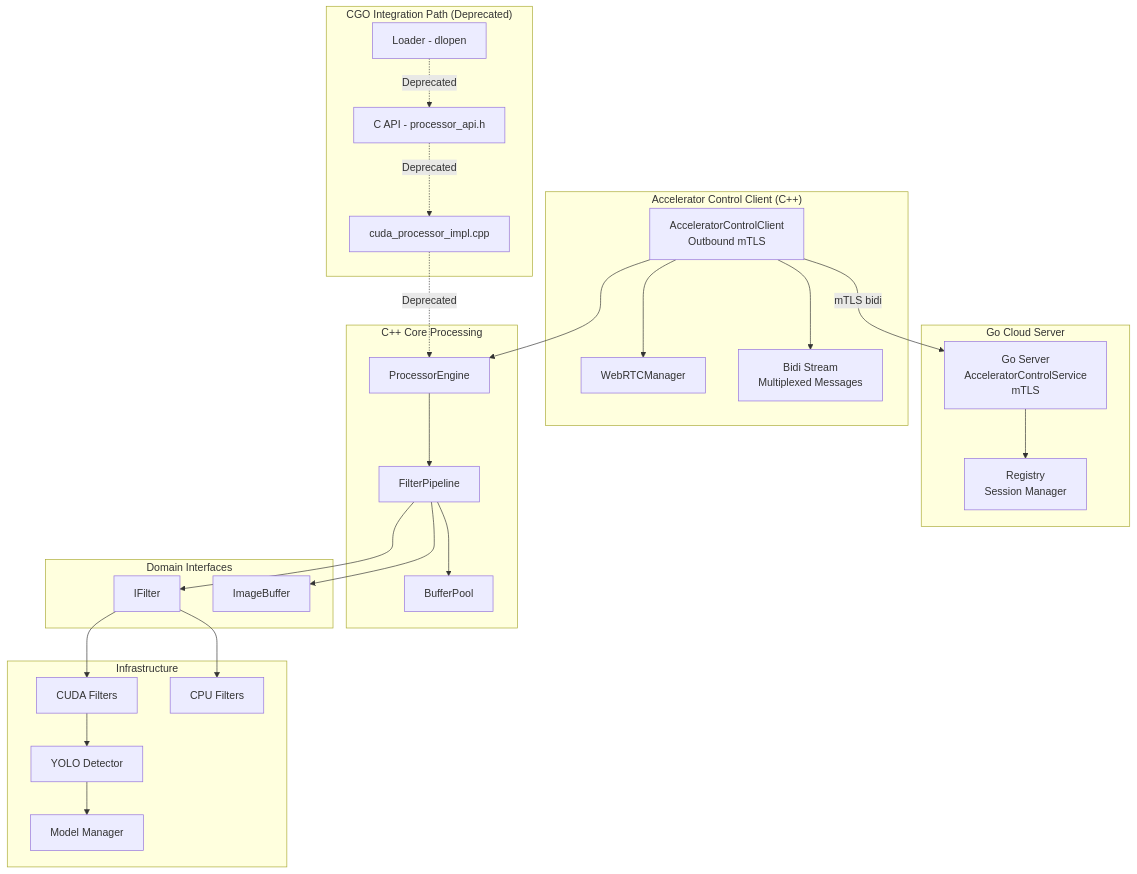
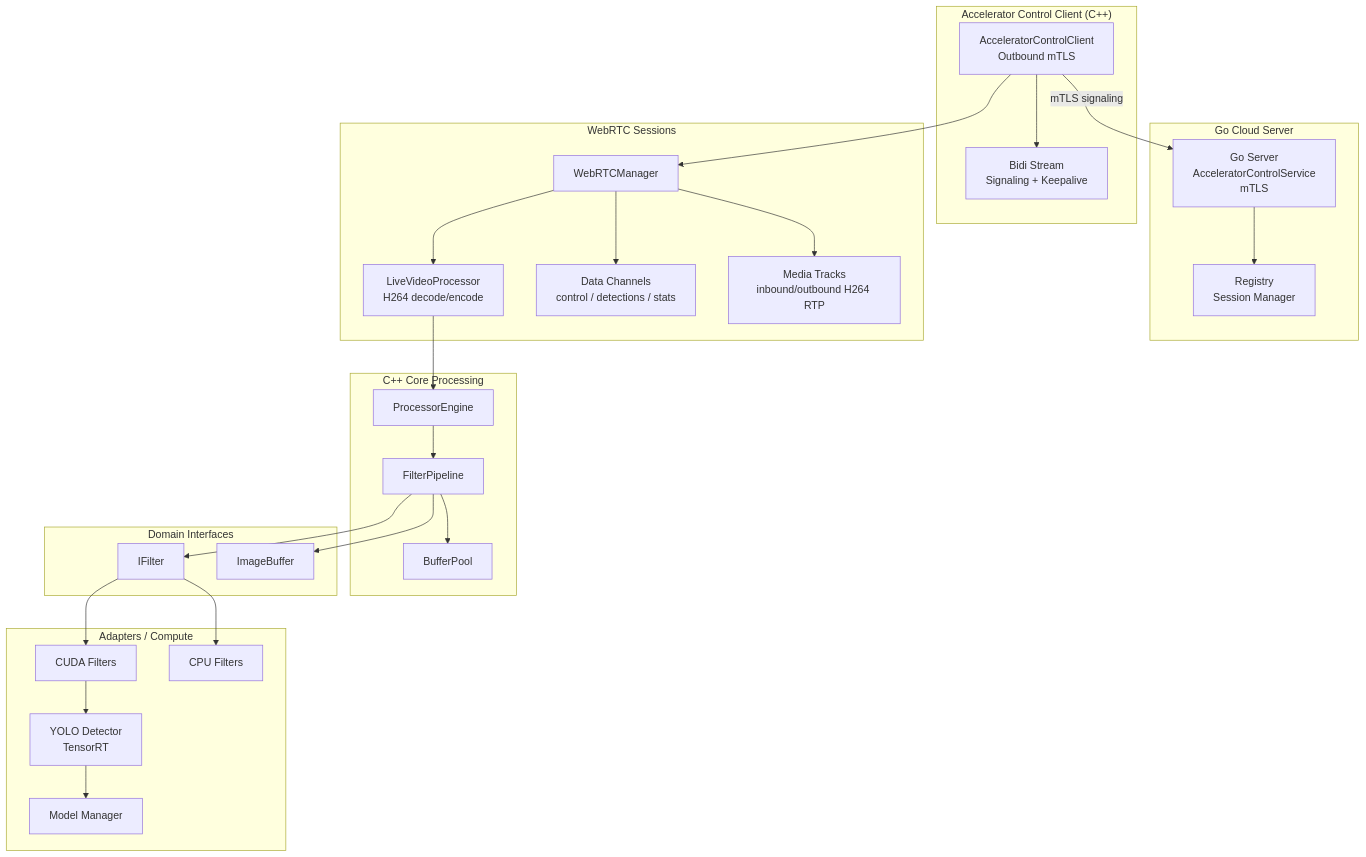
One commit to josnelihurt/learning-cuda changed the first of 6 diagrams in src/cpp_accelerator/README.md. Above: the diagram before and after it, drawn with Mermaid. The commit also changed other lines of this file and 199 other files, not shown here.

````diff
--- a/src/cpp_accelerator/README.md
+++ b/src/cpp_accelerator/README.md
@@ -35,57 +29,57 @@
 ```mermaid
 graph TB
     subgraph "Go Cloud Server"
         GoServer[Go Server<br/>AcceleratorControlService<br/>mTLS]
         Registry[Registry<br/>Session Manager]
     end
-    
-    subgraph "CGO Integration Path (Deprecated)"
-        Loader[Loader - dlopen]
-        CAPI[C API - processor_api.h]
-        SharedLibImpl[cuda_processor_impl.cpp]
-    end
-    
+
     subgraph "Accelerator Control Client (C++)"
         AccelClient[AcceleratorControlClient<br/>Outbound mTLS]
+        BidiStream[Bidi Stream<br/>Signaling + Keepalive]
+    end
+
+    subgraph "WebRTC Sessions"
         WebRTCMgr[WebRTCManager]
-        BidiStream[Bidi Stream<br/>Multiplexed Messages]
+        LiveVP[LiveVideoProcessor<br/>H264 decode/encode]
+        DataChannels[Data Channels<br/>control / detections / stats]
+        MediaTracks[Media Tracks<br/>inbound/outbound H264 RTP]
     end
-    
+
     subgraph "C++ Core Processing"
         ProcessorEngine[ProcessorEngine]
         FilterPipeline[FilterPipeline]
         BufferPool[BufferPool]
     end
-    
+
     subgraph "Domain Interfaces"
         IFilter[IFilter]
         ImageBuffer[ImageBuffer]
     end
-    
-    subgraph "Infrastructure"
+
+    subgraph "Adapters / Compute"
         CudaFilters[CUDA Filters]
         CpuFilters[CPU Filters]
-        YOLODetector[YOLO Detector]
+        YOLODetector[YOLO Detector<br/>TensorRT]
         ModelManager[Model Manager]
     end
-    
+
     GoServer --> Registry
-    
-    AccelClient -->|mTLS bidi| GoServer
+
+    AccelClient -->|mTLS signaling| GoServer
     AccelClient --> BidiStream
     AccelClient --> WebRTCMgr
-    AccelClient --> ProcessorEngine
-    
-    Loader -.->|Deprecated| CAPI
-    CAPI -.->|Deprecated| SharedLibImpl
-    SharedLibImpl -.->|Deprecated| ProcessorEngine
-    
+
+    WebRTCMgr --> LiveVP
+    WebRTCMgr --> DataChannels
+    WebRTCMgr --> MediaTracks
+    LiveVP --> ProcessorEngine
+
     ProcessorEngine --> FilterPipeline
     FilterPipeline --> BufferPool
     FilterPipeline --> IFilter
     IFilter --> CudaFilters
     IFilter --> CpuFilters
     CudaFilters --> YOLODetector
     YOLODetector --> ModelManager
     FilterPipeline --> ImageBuffer
 ```
````
